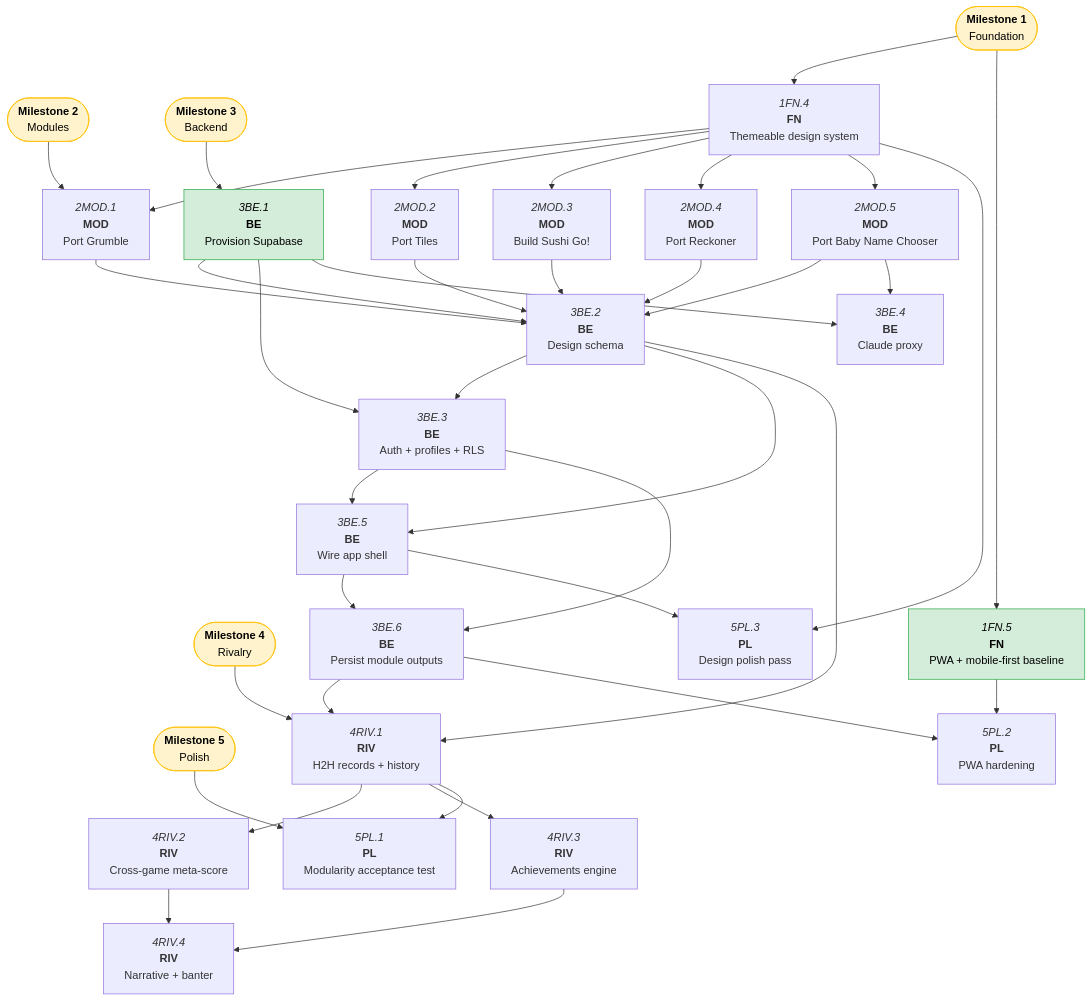
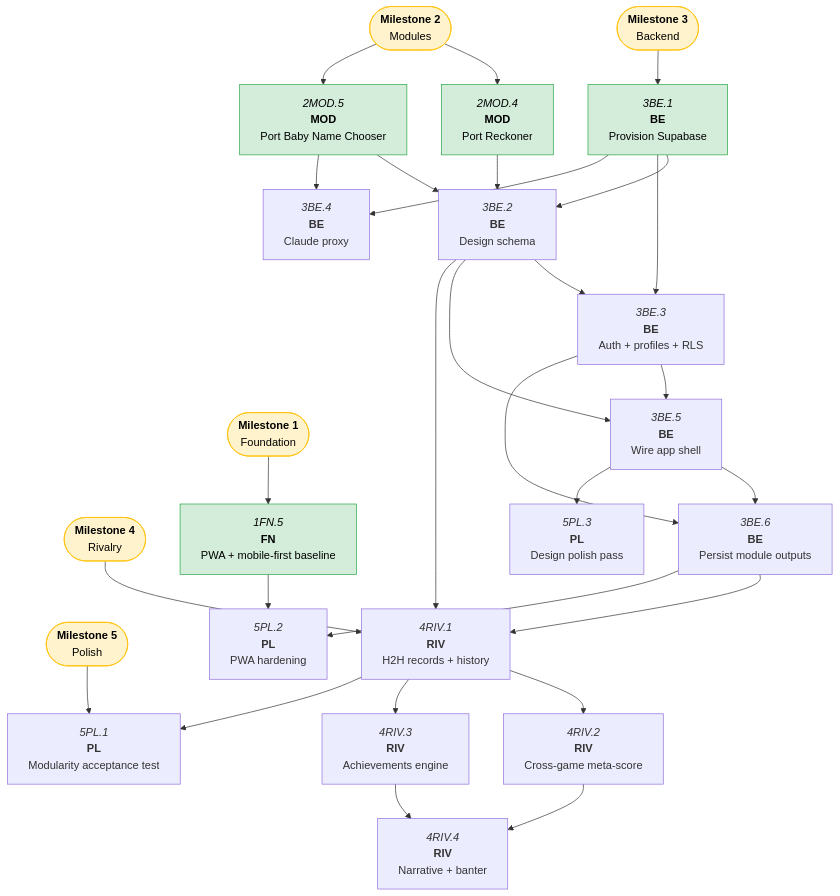
Before and after one commit to JasonWarrenUK/tallywhack: the diagram in docs/roadmaps/tallywhack.md, drawn with Mermaid. The commit also changed other lines of this file, not shown here.

Commit message:
docs: update roadmap

````diff
--- a/docs/roadmaps/tallywhack.md
+++ b/docs/roadmaps/tallywhack.md
@@ -11,78 +11,64 @@
 ```mermaid
 flowchart TD
   classDef open fill:#d4edda,stroke:#28a745,color:#000
   classDef blocked fill:#f8d7da,stroke:#dc3545,color:#000
   classDef mile fill:#fff3cd,stroke:#ffc107,color:#000
 
   M1(["`**Milestone 1**<br/>Foundation`"]):::mile
   M2(["`**Milestone 2**<br/>Modules`"]):::mile
   M3(["`**Milestone 3**<br/>Backend`"]):::mile
   M4(["`**Milestone 4**<br/>Rivalry`"]):::mile
   M5(["`**Milestone 5**<br/>Polish`"]):::mile
 
-  1FN4["`*1FN.4*<br/>**FN**<br/>Themeable design system`"]
   1FN5["`*1FN.5*<br/>**FN**<br/>PWA + mobile-first baseline`"]:::open
 
-  2MOD1["`*2MOD.1*<br/>**MOD**<br/>Port Grumble`"]
-  2MOD2["`*2MOD.2*<br/>**MOD**<br/>Port Tiles`"]
-  2MOD3["`*2MOD.3*<br/>**MOD**<br/>Build Sushi Go!`"]
-  2MOD4["`*2MOD.4*<br/>**MOD**<br/>Port Reckoner`"]
-  2MOD5["`*2MOD.5*<br/>**MOD**<br/>Port Baby Name Chooser`"]
+  2MOD4["`*2MOD.4*<br/>**MOD**<br/>Port Reckoner`"]:::open
+  2MOD5["`*2MOD.5*<br/>**MOD**<br/>Port Baby Name Chooser`"]:::open
 
   3BE1["`*3BE.1*<br/>**BE**<br/>Provision Supabase`"]:::open
   3BE2["`*3BE.2*<br/>**BE**<br/>Design schema`"]
   3BE3["`*3BE.3*<br/>**BE**<br/>Auth + profiles + RLS`"]
   3BE4["`*3BE.4*<br/>**BE**<br/>Claude proxy`"]
   3BE5["`*3BE.5*<br/>**BE**<br/>Wire app shell`"]
   3BE6["`*3BE.6*<br/>**BE**<br/>Persist module outputs`"]
 
   4RIV1["`*4RIV.1*<br/>**RIV**<br/>H2H records + history`"]
   4RIV2["`*4RIV.2*<br/>**RIV**<br/>Cross-game meta-score`"]
   4RIV3["`*4RIV.3*<br/>**RIV**<br/>Achievements engine`"]
   4RIV4["`*4RIV.4*<br/>**RIV**<br/>Narrative + banter`"]
 
   5PL1["`*5PL.1*<br/>**PL**<br/>Modularity acceptance test`"]
   5PL2["`*5PL.2*<br/>**PL**<br/>PWA hardening`"]
   5PL3["`*5PL.3*<br/>**PL**<br/>Design polish pass`"]
 
-  M1 --> 1FN4
   M1 --> 1FN5
-  1FN4 --> 2MOD1
-  1FN4 --> 2MOD2
-  1FN4 --> 2MOD3
-  1FN4 --> 2MOD4
-  1FN4 --> 2MOD5
-  1FN4 --> 5PL3
   1FN5 --> 5PL2
 
-  M2 --> 2MOD1
-  2MOD1 --> 3BE2
-  2MOD2 --> 3BE2
-  2MOD3 --> 3BE2
+  M2 --> 2MOD4 & 2MOD5
   2MOD4 --> 3BE2
   2MOD5 --> 3BE2
   2MOD5 --> 3BE4
 
   M3 --> 3BE1
   3BE1 --> 3BE2
   3BE1 --> 3BE3
   3BE1 --> 3BE4
   3BE2 --> 3BE3
   3BE2 --> 3BE5
   3BE2 --> 4RIV1
   3BE3 --> 3BE5
   3BE3 --> 3BE6
   3BE5 --> 3BE6
   3BE5 --> 5PL3
   3BE6 --> 4RIV1
   3BE6 --> 5PL2
 
   M4 --> 4RIV1
   4RIV1 --> 4RIV2
   4RIV1 --> 4RIV3
   4RIV1 --> 5PL1
   4RIV2 --> 4RIV4
   4RIV3 --> 4RIV4
 
   M5 --> 5PL1
 ```
````
